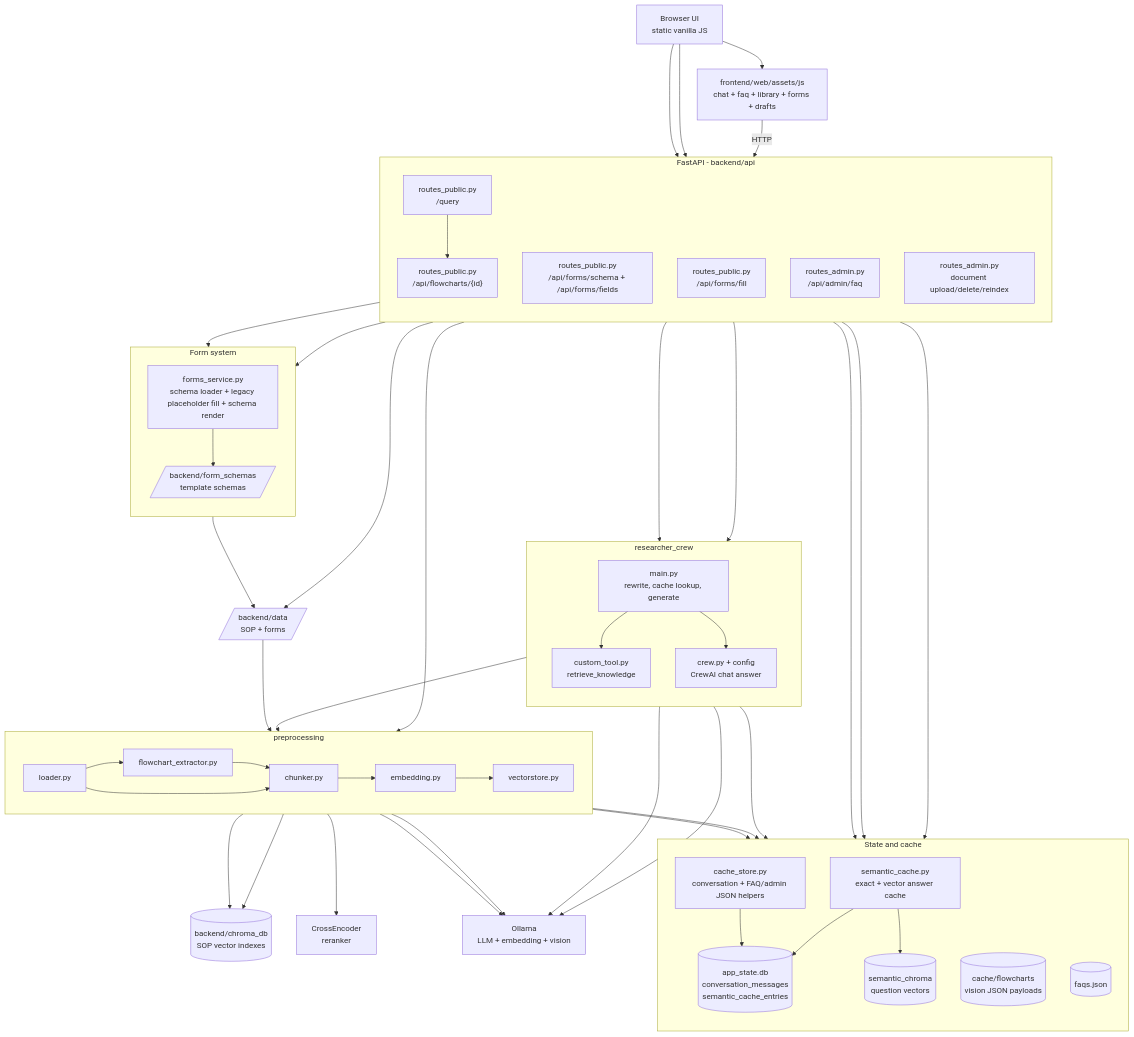
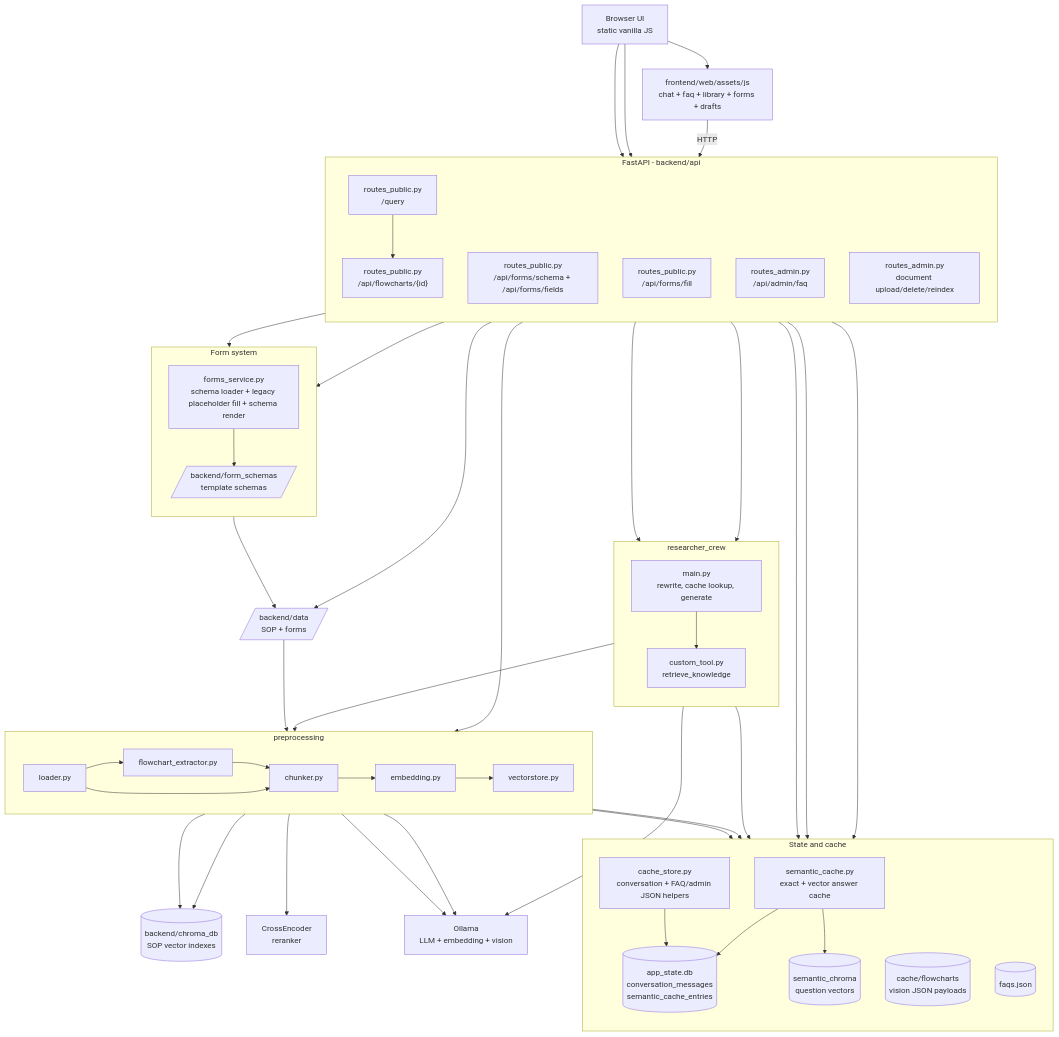
One commit to Akram17t/Internship changed the diagram in Capstone/docs/TOPOLOGY.md. Above: the diagram before and after it, drawn with Mermaid. The commit also changed other lines of this file and 22 other files, not shown here.

```diff
--- a/Capstone/docs/TOPOLOGY.md
+++ b/Capstone/docs/TOPOLOGY.md
@@ -36,11 +36,10 @@
         FormSchemas[/"backend/form_schemas<br/>template schemas"/]
     end
 
-    subgraph Crew["researcher_crew"]
+    subgraph RagRuntime["researcher_crew"]
         direction TB
         Main["main.py<br/>rewrite, cache lookup, generate"]
         Retrieve["custom_tool.py<br/>retrieve_knowledge"]
-        CrewDef["crew.py + config<br/>CrewAI chat answer"]
     end
 
     subgraph Prep["preprocessing"]
@@ -71,9 +70,7 @@
     SemanticCache --> CacheDB
     SemanticCache --> SemanticChroma
     Main --> Retrieve
-    Main --> CrewDef
     Main --> Ollama
-    CrewDef --> Ollama
     Retrieve --> VStore
     VStore --> Chroma
     VStore --> Reranker
```
